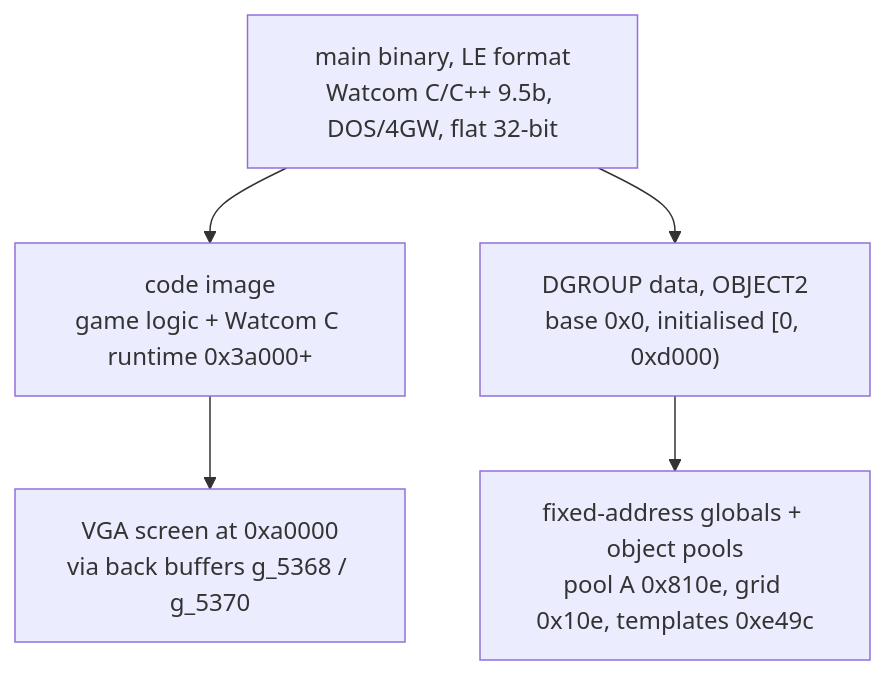
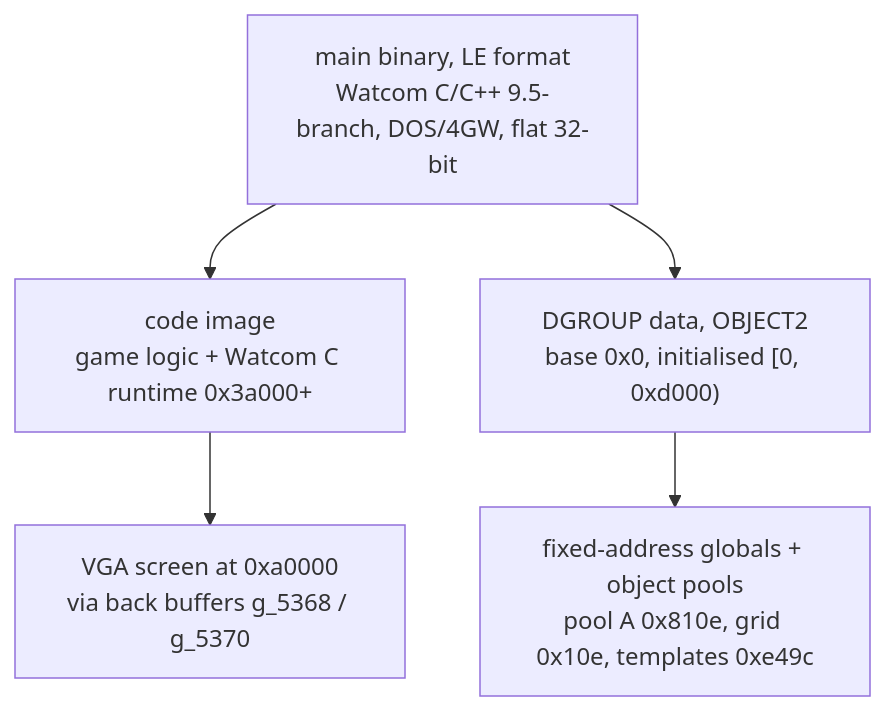
Before and after one commit to WildPress/vibesynd: the first of 2 diagrams in docs/architecture.md, drawn with Mermaid. The commit also changed other lines of this file and 5 other files, not shown here.

````diff
--- a/docs/architecture.md
+++ b/docs/architecture.md
@@ -22,7 +23,7 @@
 ```mermaid
 flowchart TD
-    BIN["main binary, LE format<br/>Watcom C/C++ 9.5b, DOS/4GW, flat 32-bit"] --> CODE["code image<br/>game logic + Watcom C runtime 0x3a000+"]
+    BIN["main binary, LE format<br/>Watcom C/C++ 9.5-branch, DOS/4GW, flat 32-bit"] --> CODE["code image<br/>game logic + Watcom C runtime 0x3a000+"]
     BIN --> DATA["DGROUP data, OBJECT2<br/>base 0x0, initialised [0, 0xd000)"]
     DATA --> POOLS["fixed-address globals + object pools<br/>pool A 0x810e, grid 0x10e, templates 0xe49c"]
     CODE --> VGA["VGA screen at 0xa0000<br/>via back buffers g_5368 / g_5370"]
 ```
````
